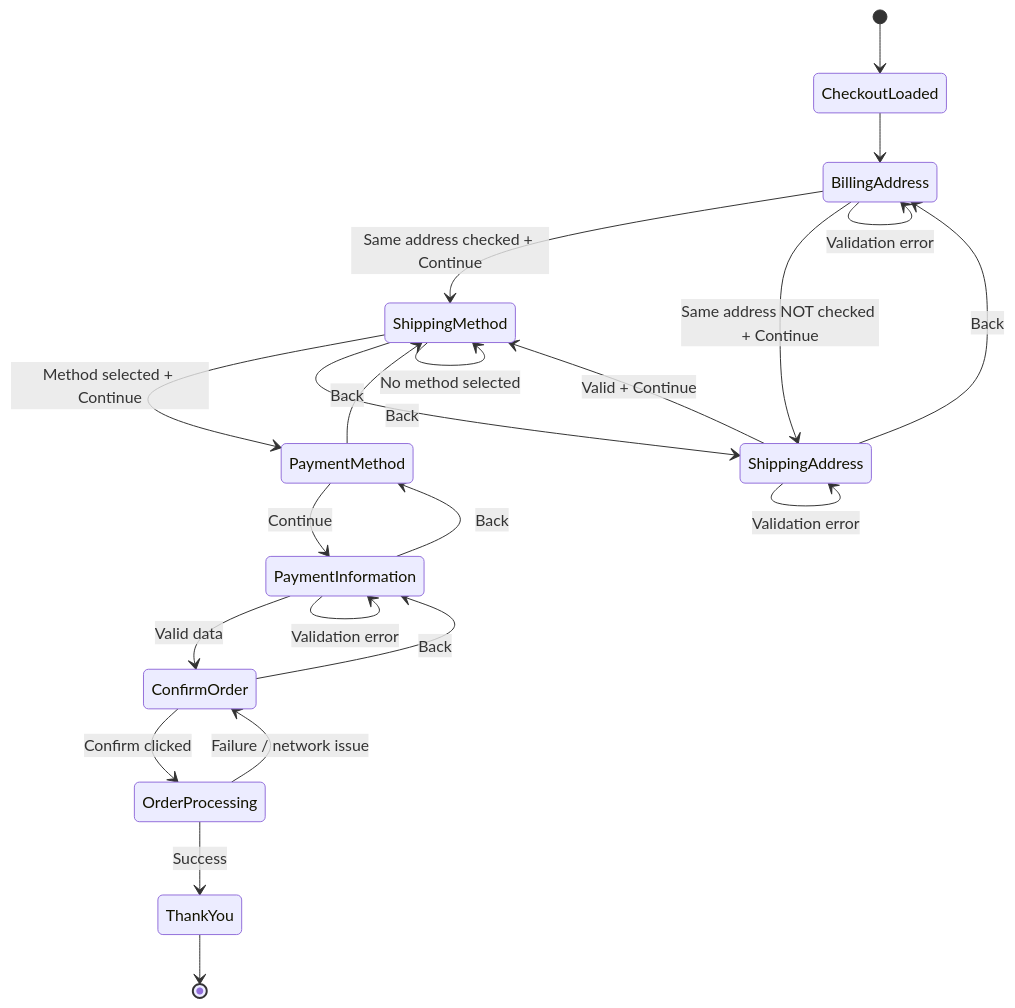
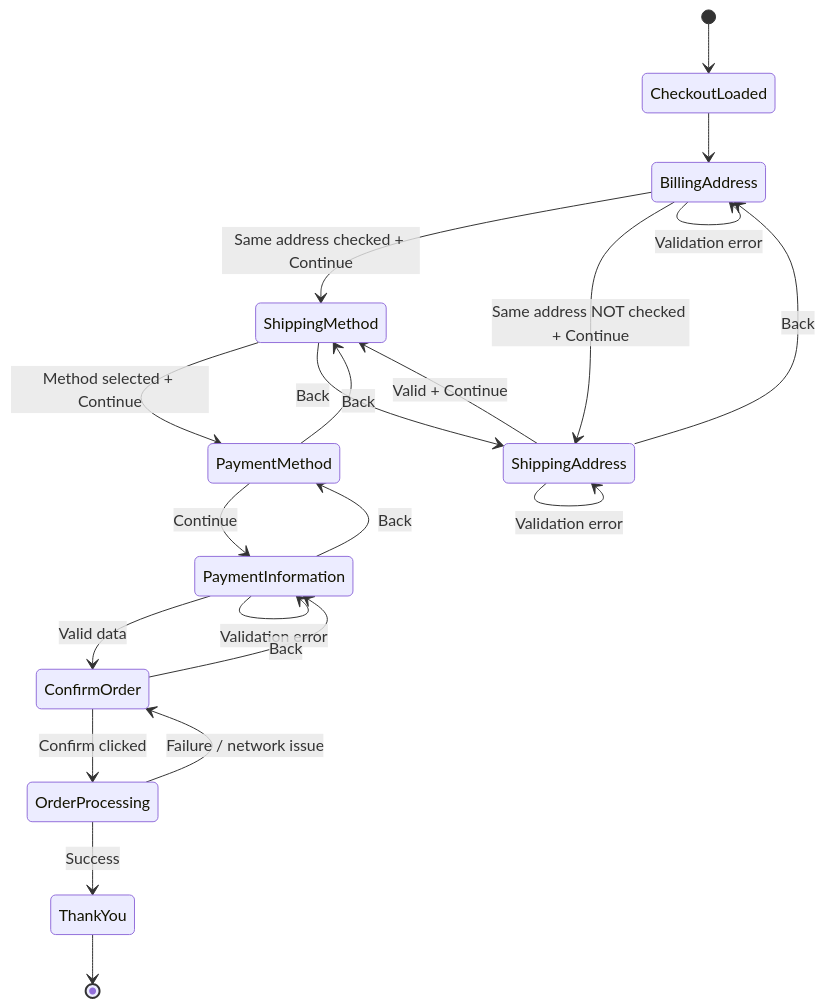
The diagram in Checkout.md (saifalhroub/nopCommerce-store), drawn with Mermaid before and after one commit.

````diff
--- a/Checkout.md
+++ b/Checkout.md
@@ -411,34 +411,33 @@
 ```mermaid
 stateDiagram-v2
 
 [*] --> CheckoutLoaded
 
 CheckoutLoaded --> BillingAddress
 
 BillingAddress --> ShippingMethod : Same address checked + Continue
 BillingAddress --> ShippingAddress : Same address NOT checked + Continue
 BillingAddress --> BillingAddress : Validation error
 
 ShippingAddress --> ShippingMethod : Valid + Continue
 ShippingAddress --> ShippingAddress : Validation error
 ShippingAddress --> BillingAddress : Back
 
 ShippingMethod --> PaymentMethod : Method selected + Continue
-ShippingMethod --> ShippingMethod : No method selected
 ShippingMethod --> ShippingAddress : Back
 
 PaymentMethod --> PaymentInformation : Continue
 PaymentMethod --> ShippingMethod : Back
 
 PaymentInformation --> ConfirmOrder : Valid data
 PaymentInformation --> PaymentInformation : Validation error
 PaymentInformation --> PaymentMethod : Back
 
 ConfirmOrder --> OrderProcessing : Confirm clicked
 ConfirmOrder --> PaymentInformation : Back
 
 OrderProcessing --> ThankYou : Success
 OrderProcessing --> ConfirmOrder : Failure / network issue
 
 ThankYou --> [*]
 ```
````
